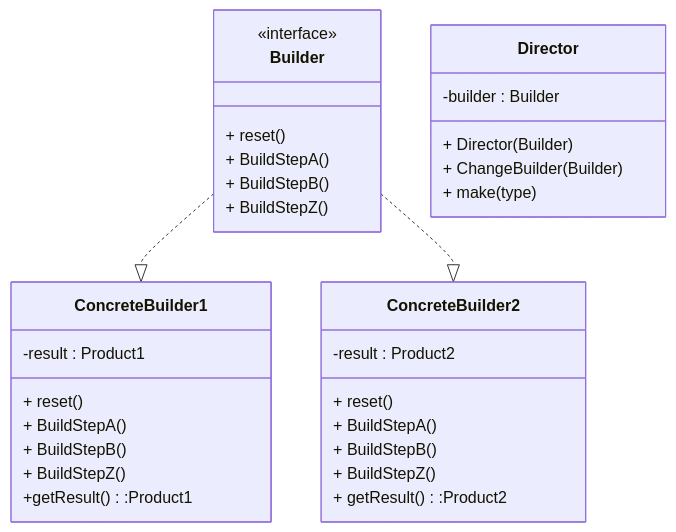
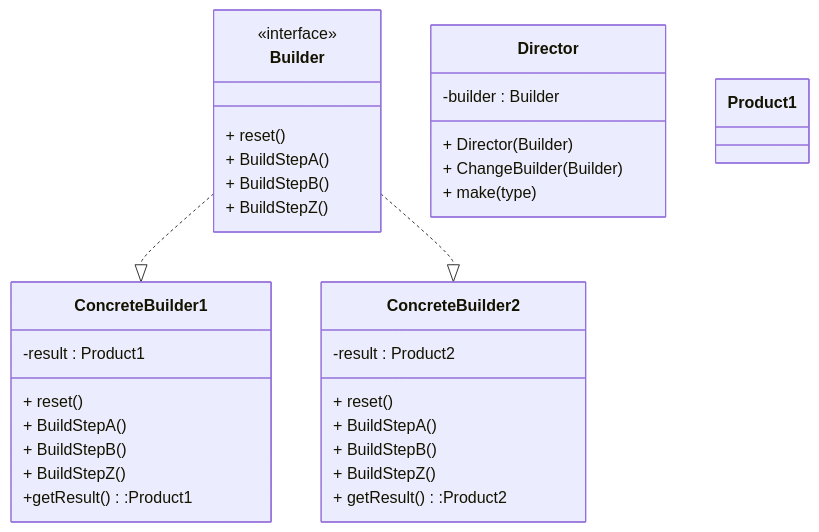
One commit to kirolossedra/Creational-Design-Patterns changed the diagram in Builder/README.md. Above: the diagram before and after it, drawn with Mermaid.

````diff
--- a/Builder/README.md
+++ b/Builder/README.md
@@ -2,40 +2,42 @@
 ```mermaid
 classDiagram
 Builder ..|> ConcreteBuilder1
 Builder ..|> ConcreteBuilder2
 class Builder{
 <<interface>> 
     + reset()
     + BuildStepA()
     + BuildStepB()
     + BuildStepZ()
 }
 
 class Director{
 -builder : Builder
 + Director(Builder)
 + ChangeBuilder(Builder)
 + make(type)
 }
 
 class ConcreteBuilder1{
 -result : Product1
 + reset()
 + BuildStepA()
 + BuildStepB()
 + BuildStepZ()
 +getResult():Product1
 
 }
 
 class ConcreteBuilder2{
 -result : Product2
 + reset()
 + BuildStepA()
 + BuildStepB()
 + BuildStepZ()
 + getResult():Product2
 
 }
+class Product1{
+}
 
 ```
````
